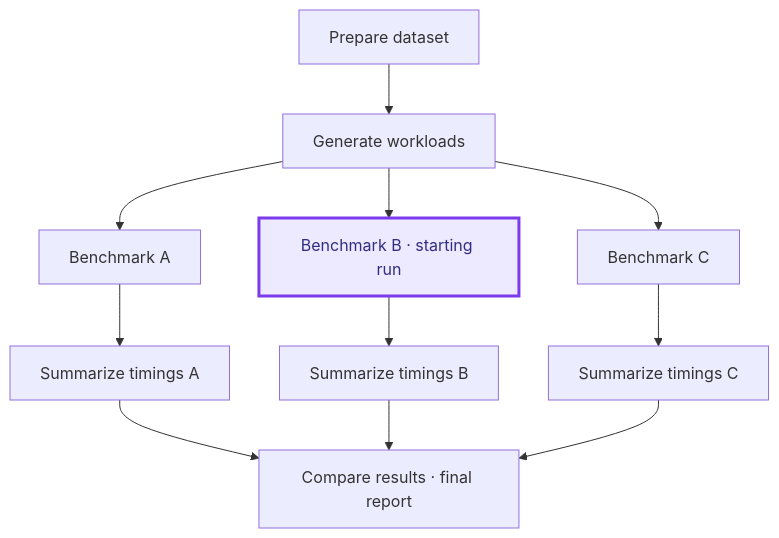
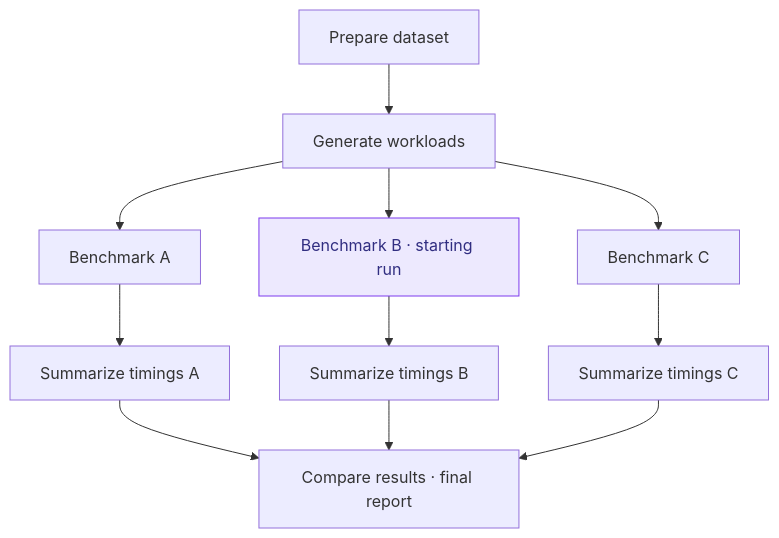
The diagram in docs/user-guide/pipelines/graphs.md (relaxed-constraints/yanex), drawn with Mermaid before and after one commit.

Commit message:
Match highlighted Mermaid node border width

````diff
--- a/docs/user-guide/pipelines/graphs.md
+++ b/docs/user-guide/pipelines/graphs.md
@@ -16,16 +16,16 @@
 ```mermaid
 flowchart TB
     D["Prepare dataset"] --> W["Generate workloads"]
     W --> A["Benchmark A"]
     W --> B["Benchmark B · starting run"]
     W --> C["Benchmark C"]
     A --> SA["Summarize timings A"]
     B --> SB["Summarize timings B"]
     C --> SC["Summarize timings C"]
     SA --> R["Compare results · final report"]
     SB --> R
     SC --> R
 
-    classDef selected fill:#ede9fe,stroke:#7c3aed,stroke-width:3px,color:#312e81;
+    classDef selected fill:#ede9fe,stroke:#7c3aed,color:#312e81;
     class B selected;
 ```
````
